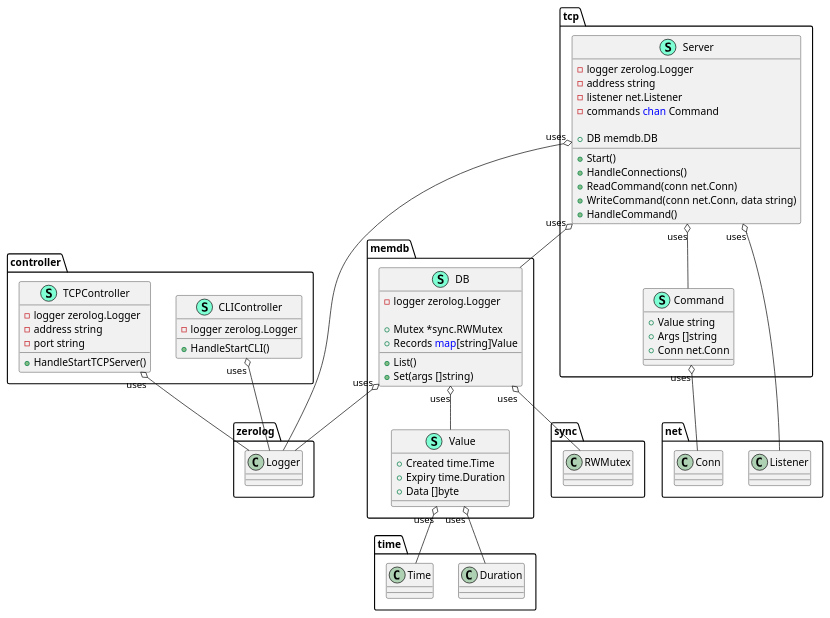
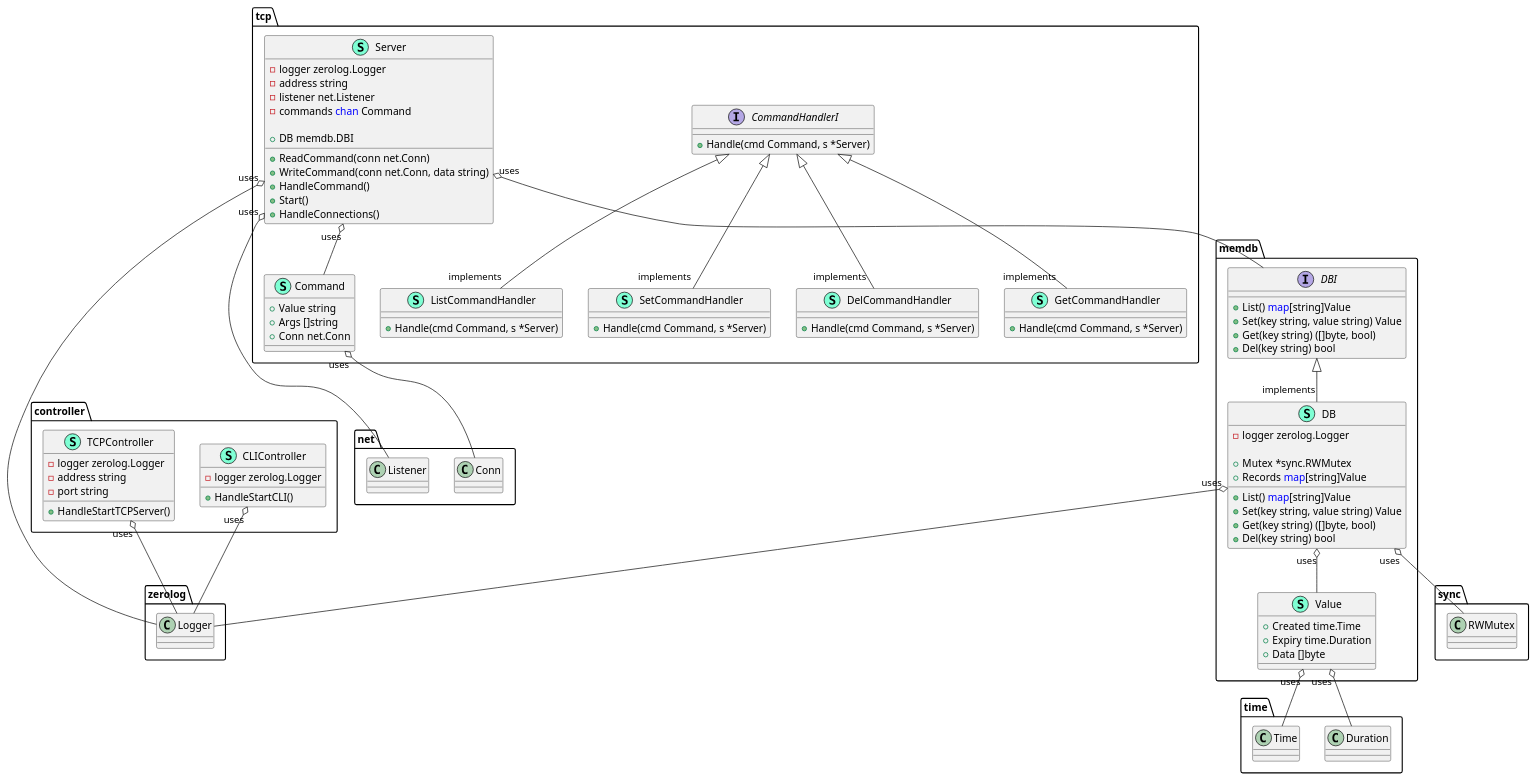
One commit to gijsdb/go-mem-db changed the diagram in serverClassDiagram.puml. Above: the diagram before and after it, drawn with PlantUML. The commit also changed 15 other files, not shown here.

Commit message:
improved TCP command handling, added more database actions and working on tests for TCP and memdb

```diff
--- a/serverClassDiagram.puml
+++ b/serverClassDiagram.puml
@@ -1,80 +1,114 @@
 @startuml
 namespace controller {
     class CLIController << (S,Aquamarine) >> {
         - logger zerolog.Logger
 
         + HandleStartCLI() 
 
     }
     class TCPController << (S,Aquamarine) >> {
         - logger zerolog.Logger
         - address string
         - port string
 
         + HandleStartTCPServer() 
 
     }
 }
 
 
 "controller.CLIController""uses" o-- "zerolog.Logger"
 "controller.TCPController""uses" o-- "zerolog.Logger"
 
 namespace memdb {
     class DB << (S,Aquamarine) >> {
         - logger zerolog.Logger
 
         + Mutex *sync.RWMutex
         + Records <font color=blue>map</font>[string]Value
 
-        + List() 
-        + Set(args []string) 
+        + List() <font color=blue>map</font>[string]Value
+        + Set(key string, value string) Value
+        + Get(key string) ([]byte, bool)
+        + Del(key string) bool
+
+    }
+    interface DBI  {
+        + List() <font color=blue>map</font>[string]Value
+        + Set(key string, value string) Value
+        + Get(key string) ([]byte, bool)
+        + Del(key string) bool
 
     }
     class Value << (S,Aquamarine) >> {
         + Created time.Time
         + Expiry time.Duration
         + Data []byte
 
     }
 }
 
+"memdb.DBI" <|-- "implements""memdb.DB"
 
 "memdb.DB""uses" o-- "memdb.Value"
 "memdb.DB""uses" o-- "sync.RWMutex"
 "memdb.DB""uses" o-- "zerolog.Logger"
 "memdb.Value""uses" o-- "time.Duration"
 "memdb.Value""uses" o-- "time.Time"
 
 namespace tcp {
     class Command << (S,Aquamarine) >> {
         + Value string
         + Args []string
         + Conn net.Conn
 
     }
+    interface CommandHandlerI  {
+        + Handle(cmd Command, s *Server) 
+
+    }
+    class DelCommandHandler << (S,Aquamarine) >> {
+        + Handle(cmd Command, s *Server) 
+
+    }
+    class GetCommandHandler << (S,Aquamarine) >> {
+        + Handle(cmd Command, s *Server) 
+
+    }
+    class ListCommandHandler << (S,Aquamarine) >> {
+        + Handle(cmd Command, s *Server) 
+
+    }
     class Server << (S,Aquamarine) >> {
         - logger zerolog.Logger
         - address string
         - listener net.Listener
         - commands <font color=blue>chan</font> Command
 
-        + DB memdb.DB
+        + DB memdb.DBI
 
-        + Start() 
-        + HandleConnections() 
         + ReadCommand(conn net.Conn) 
         + WriteCommand(conn net.Conn, data string) 
         + HandleCommand() 
+        + Start() 
+        + HandleConnections() 
+
+    }
+    class SetCommandHandler << (S,Aquamarine) >> {
+        + Handle(cmd Command, s *Server) 
 
     }
 }
 
+"tcp.CommandHandlerI" <|-- "implements""tcp.DelCommandHandler"
+"tcp.CommandHandlerI" <|-- "implements""tcp.GetCommandHandler"
+"tcp.CommandHandlerI" <|-- "implements""tcp.ListCommandHandler"
+"tcp.CommandHandlerI" <|-- "implements""tcp.SetCommandHandler"
 
 "tcp.Command""uses" o-- "net.Conn"
-"tcp.Server""uses" o-- "memdb.DB"
+"tcp.Server""uses" o-- "memdb.DBI"
 "tcp.Server""uses" o-- "net.Listener"
 "tcp.Server""uses" o-- "tcp.Command"
 "tcp.Server""uses" o-- "zerolog.Logger"
 
 @enduml
```
